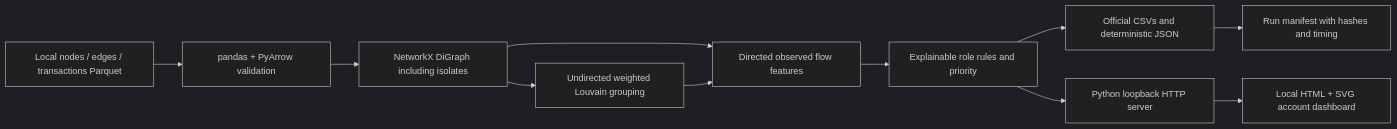
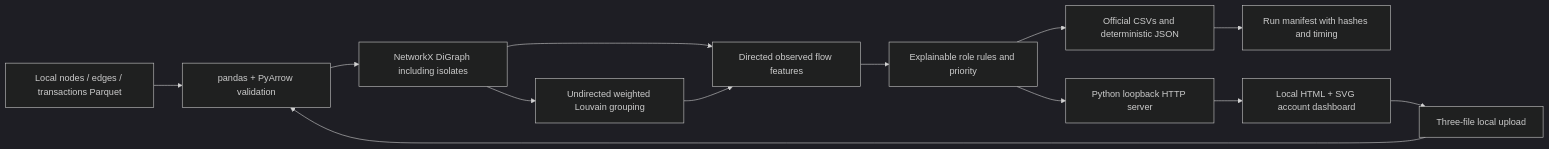
The diagram in docs/money-graph/architecture.md (BAITC-Hacks/hack-368e1646-jiggle-eagles), drawn with Mermaid (dark theme) before and after one commit. The commit also changed other lines of this file and 21 other files, not shown here.

````diff
--- a/docs/money-graph/architecture.md
+++ b/docs/money-graph/architecture.md
@@ -3,13 +3,15 @@
 ```mermaid
 flowchart LR
     P[Local nodes / edges / transactions Parquet] --> V[pandas + PyArrow validation]
     V --> G[NetworkX DiGraph including isolates]
     G --> C[Undirected weighted Louvain grouping]
     G --> F[Directed observed flow features]
     C --> F
     F --> R[Explainable role rules and priority]
     R --> E[Official CSVs and deterministic JSON]
     E --> M[Run manifest with hashes and timing]
     R --> S[Python loopback HTTP server]
     S --> U[Local HTML + SVG account dashboard]
+    U --> A[Three-file local upload]
+    A --> V
 ```
````
